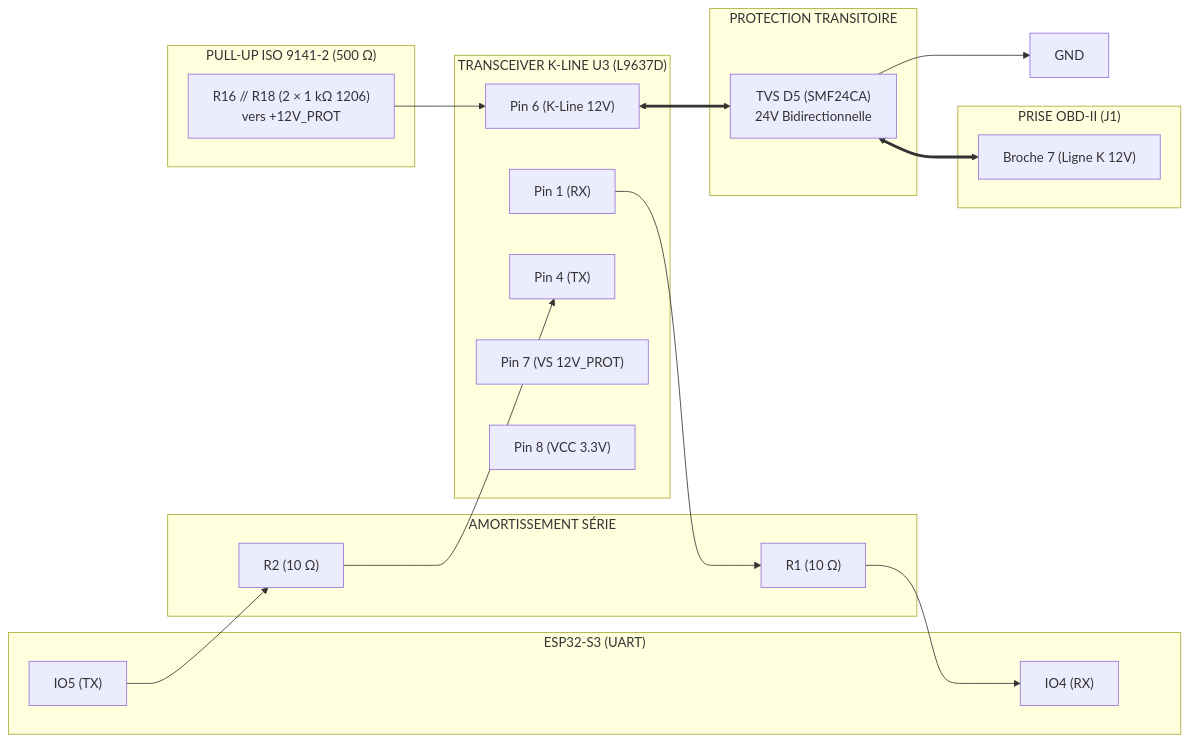
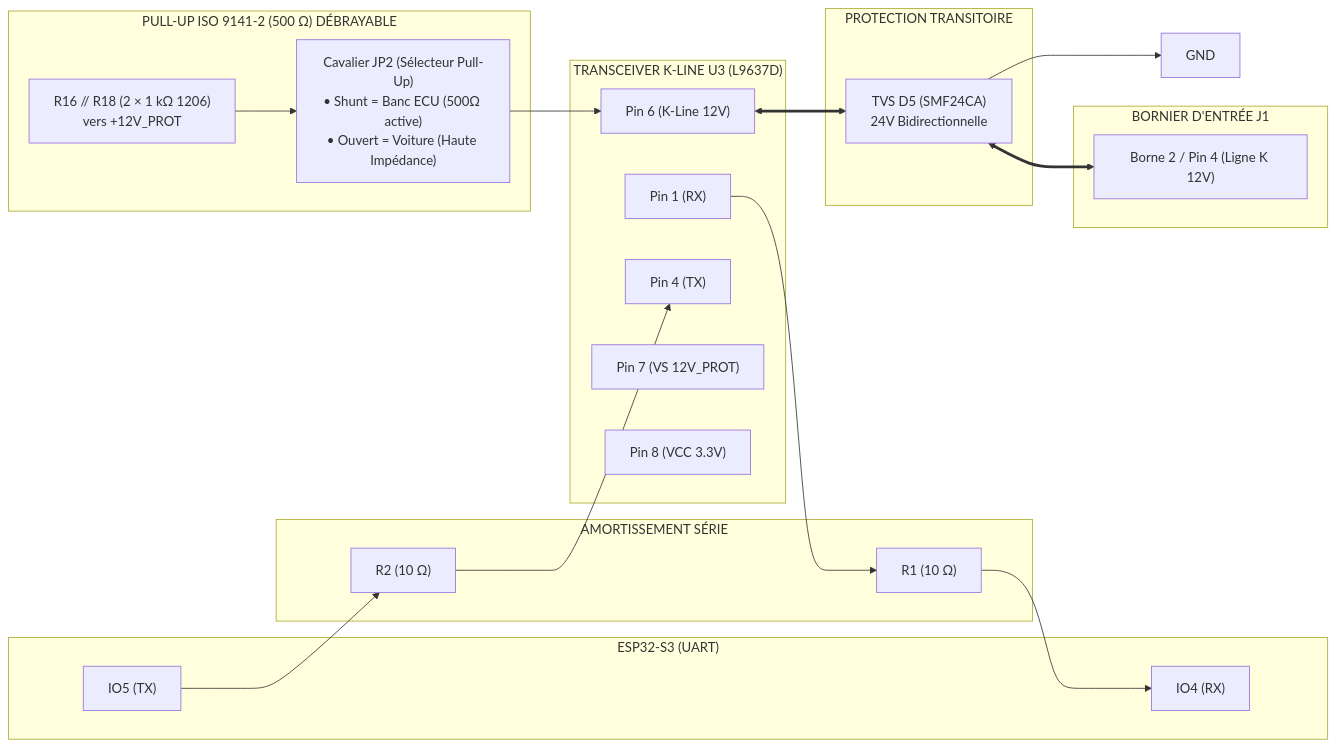
One commit to nitrogene/OBD2 changed the seventh of 9 diagrams in HARDWARE.md. Above: the diagram before and after it, drawn with Mermaid. The commit also changed other lines of this file and 7 other files, not shown here.

Commit message:
feat(schematic): add K-Line pull-up disconnect jumper JP2 for bi-mode operation

````diff
--- a/HARDWARE.md
+++ b/HARDWARE.md
@@ -354,50 +354,51 @@
 ```mermaid
 %%{init: {
   'themeVariables': {
     'fontFamily': 'Consolas, "Courier New", monospace',
     'fontSize': '12px'
   },
   'flowchart': {
     'curve': 'stepBefore',
     'nodeSpacing': 20,
     'rankSpacing': 30
   }
 }}%%
 flowchart LR
     subgraph MCU["ESP32-S3 (UART)"]
         MCU_TX["IO5 (TX)"]
         MCU_RX["IO4 (RX)"]
     end
 
     subgraph DAMPING["AMORTISSEMENT SÉRIE"]
         R2["R2 (10 Ω)"]
         R1["R1 (10 Ω)"]
     end
 
     subgraph K_IC["TRANSCEIVER K-LINE U3 (L9637D)"]
         K_TX["Pin 4 (TX)"]
         K_RX["Pin 1 (RX)"]
         K_PIN["Pin 6 (K-Line 12V)"]
         K_VS["Pin 7 (VS 12V_PROT)"]
         K_VCC["Pin 8 (VCC 3.3V)"]
     end
 
-    subgraph PULLUP["PULL-UP ISO 9141-2 (500 Ω)"]
+    subgraph PULLUP["PULL-UP ISO 9141-2 (500 Ω) DÉBRAYABLE"]
         R16_R18["R16 // R18 (2 × 1 kΩ 1206)\nvers +12V_PROT"]
+        JP2_BOX["Cavalier JP2 (Sélecteur Pull-Up)\n• Shunt = Banc ECU (500Ω active)\n• Ouvert = Voiture (Haute Impédance)"]
     end
 
     subgraph PROT_K["PROTECTION TRANSITOIRE"]
         D5["TVS D5 (SMF24CA)\n24V Bidirectionnelle"]
     end
 
-    subgraph OBD_CONN["PRISE OBD-II (J1)"]
-        PIN7["Broche 7 (Ligne K 12V)"]
+    subgraph BORNIER_CONN["BORNIER D'ENTRÉE J1"]
+        PIN4["Borne 2 / Pin 4 (Ligne K 12V)"]
     end
 
     MCU_TX --> R2 --> K_TX
     K_RX --> R1 --> MCU_RX
-    R16_R18 --> K_PIN
+    R16_R18 --> JP2_BOX --> K_PIN
     K_PIN <==> D5
     D5 --> GND_K["GND"]
-    D5 <==> PIN7
+    D5 <==> PIN4
 ```
````
